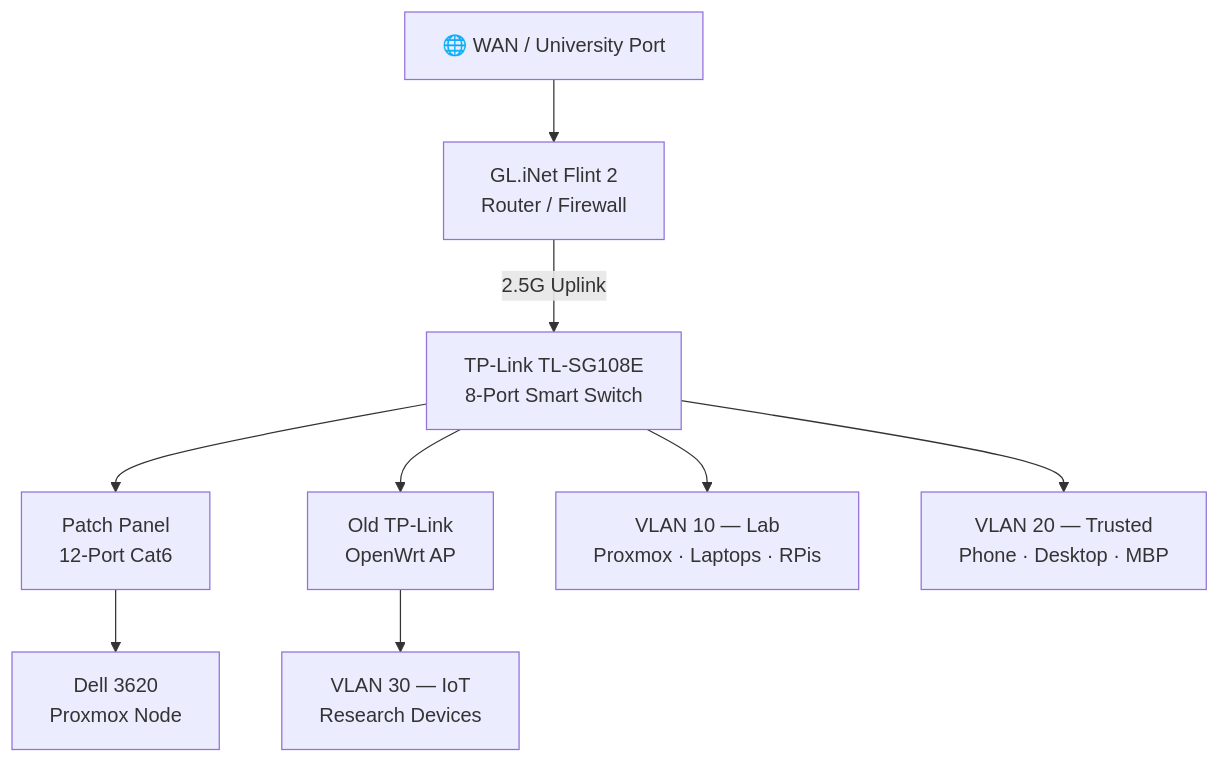
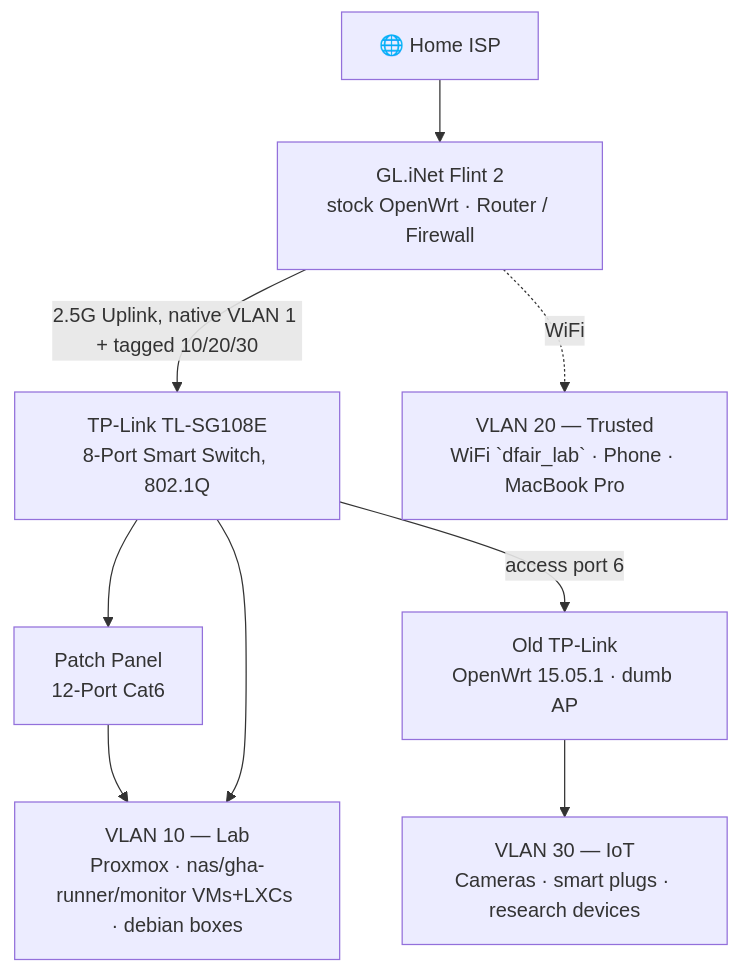
The diagram in README.md (sethbarrett50/home_lab_docs), drawn with Mermaid before and after one commit. The commit also changed other lines of this file and 3 other files, not shown here.

Commit message:
docs: full sync to real hardware/state - topology diagrams, IP tables, WiFi, static reservations

````diff
--- a/README.md
+++ b/README.md
@@ -16,22 +16,21 @@
 ```mermaid
 graph TD
-    WAN[🌐 WAN / University Port]
-    Router[GL.iNet Flint 2<br/>Router / Firewall]
-    Switch[TP-Link TL-SG108E<br/>8-Port Smart Switch]
-    PVE[Dell 3620<br/>Proxmox Node]
+    WAN[🌐 Home ISP]
+    Router[GL.iNet Flint 2<br/>stock OpenWrt · Router / Firewall]
+    Switch[TP-Link TL-SG108E<br/>8-Port Smart Switch, 802.1Q]
     PATCH[Patch Panel<br/>12-Port Cat6]
-    IoT_AP[Old TP-Link<br/>OpenWrt AP]
+    IoT_AP[Old TP-Link<br/>OpenWrt 15.05.1 · dumb AP]
 
-    VLAN10[VLAN 10 — Lab<br/>Proxmox · Laptops · RPis]
-    VLAN20[VLAN 20 — Trusted<br/>Phone · Desktop · MBP]
-    VLAN30[VLAN 30 — IoT<br/>Research Devices]
+    VLAN10[VLAN 10 — Lab<br/>Proxmox · nas/gha-runner/monitor VMs+LXCs · debian boxes]
+    VLAN20[VLAN 20 — Trusted<br/>WiFi `dfair_lab` · Phone · MacBook Pro]
+    VLAN30[VLAN 30 — IoT<br/>Cameras · smart plugs · research devices]
 
     WAN --> Router
-    Router -->|2.5G Uplink| Switch
+    Router -->|2.5G Uplink, native VLAN 1 + tagged 10/20/30| Switch
     Switch --> PATCH
-    Switch --> IoT_AP
-    PATCH --> PVE
+    Switch -->|access port 6| IoT_AP
+    PATCH --> VLAN10
     Switch --> VLAN10
-    Switch --> VLAN20
+    Router -.->|WiFi| VLAN20
     IoT_AP --> VLAN30
 ```
````
